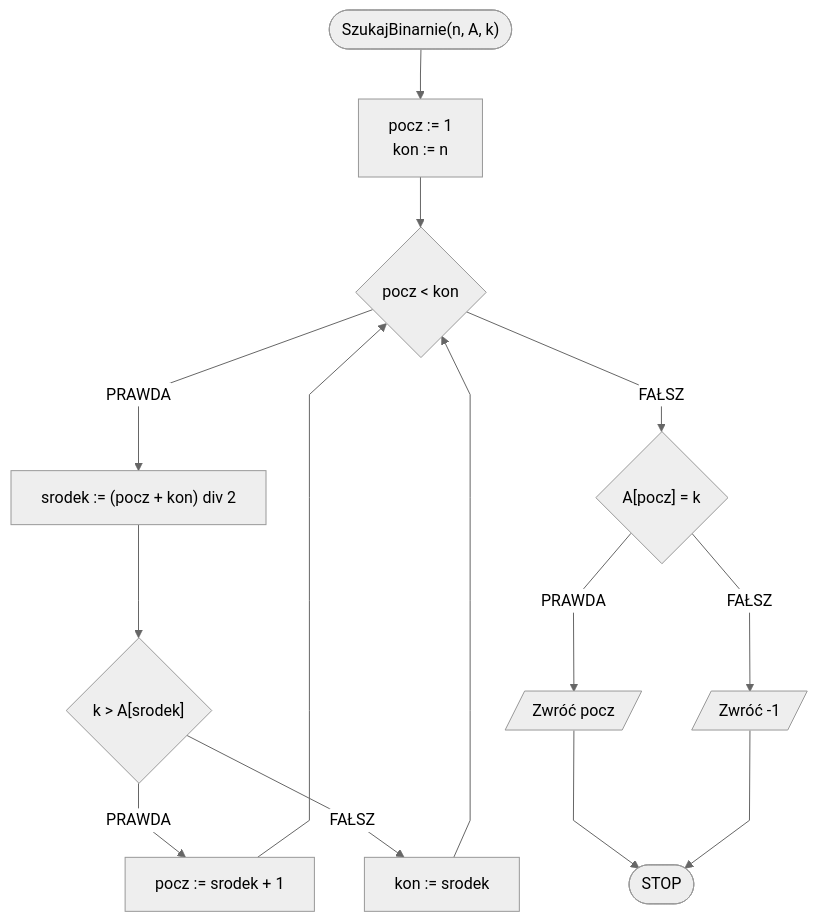
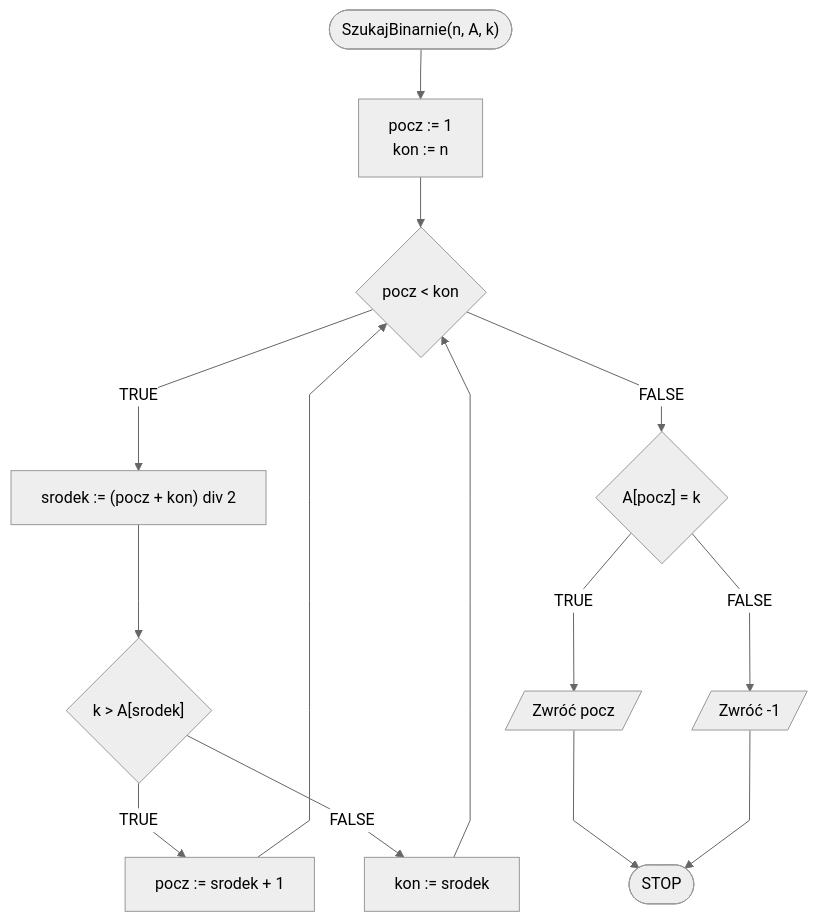
Before and after one commit to blackbat13/edu-cs-htiew-en: the first of 2 diagrams in docs/algorithms/searching/binary-search.md, drawn with Mermaid. The commit also changed other lines of this file and 682 other files, not shown here.

````diff
--- a/docs/algorithms/searching/binary-search.md
+++ b/docs/algorithms/searching/binary-search.md
@@ -73,18 +73,18 @@
 ```mermaid
 %%{init: {"flowchart": {"curve": "linear"}, "theme": "neutral"} }%%
 flowchart TD
 	START(["SzukajBinarnie(n, A, k)"]) --> O1["pocz := 1
 	kon := n"]
 	O1 --> C1{pocz < kon}
-	C1 -- PRAWDA --> O2["srodek := (pocz + kon) div 2"]
+	C1 -- TRUE --> O2["srodek := (pocz + kon) div 2"]
 	O2 --> C2{"k > A[srodek]"}
-	C2 -- PRAWDA --> O3[pocz := srodek + 1]
+	C2 -- TRUE --> O3[pocz := srodek + 1]
 	O3 --> C1
-	C2 -- FAŁSZ --> O4[kon := srodek]
+	C2 -- FALSE --> O4[kon := srodek]
 	O4 --> C1
-	C1 -- FAŁSZ --> C3{"A[pocz] = k"}
-	C3 -- PRAWDA --> R1[/Zwróć pocz/]
+	C1 -- FALSE --> C3{"A[pocz] = k"}
+	C3 -- TRUE --> R1[/Zwróć pocz/]
 	R1 --> STOP([STOP])
-	C3 -- FAŁSZ --> R2[/Zwróć -1/]
+	C3 -- FALSE --> R2[/Zwróć -1/]
 	R2 --> STOP
 ```
````
